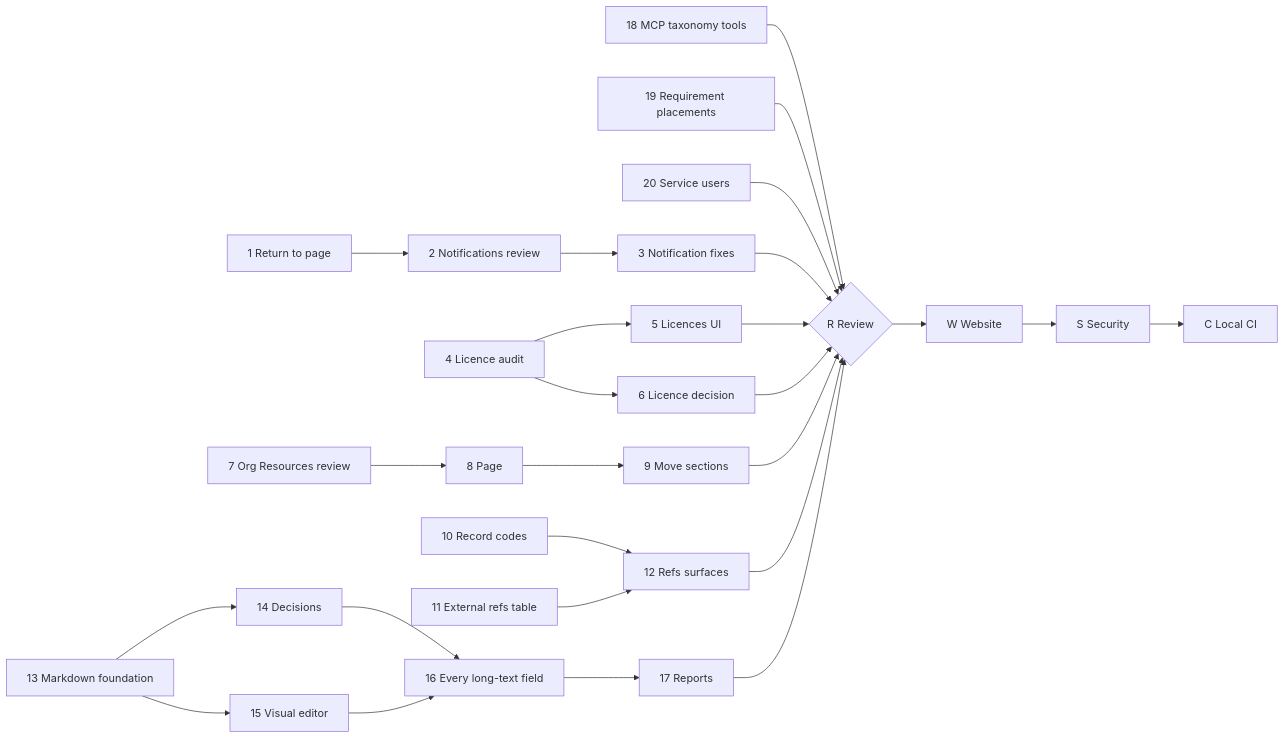
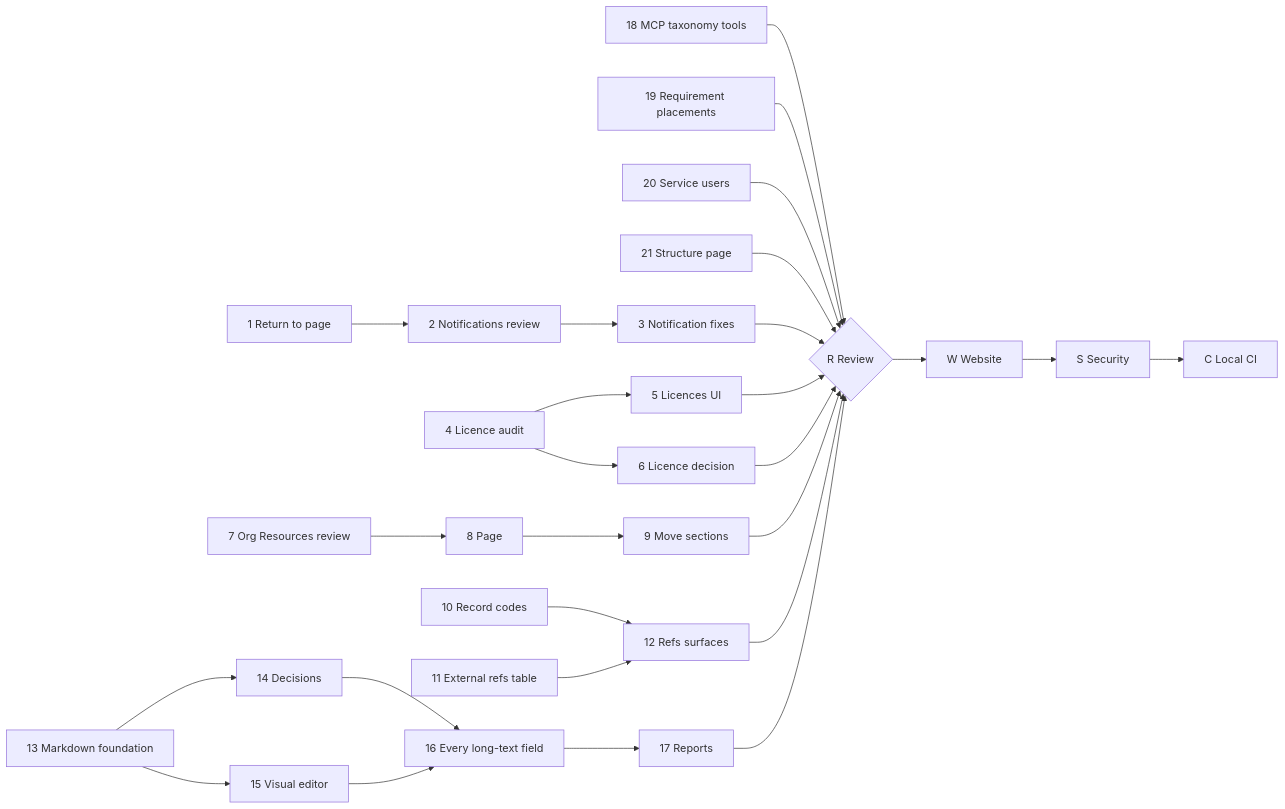
Before and after one commit to ballardr/reqtrackmanager: the diagram in docs/plans/platform-review-2026-11-19-plan.md, drawn with Mermaid. The commit also changed other lines of this file and 41 other files, not shown here.

````diff
--- a/docs/plans/platform-review-2026-11-19-plan.md
+++ b/docs/plans/platform-review-2026-11-19-plan.md
@@ -38,25 +39,26 @@
 ```mermaid
 flowchart LR
     P1["1 Return to page"] --> P2["2 Notifications review"]
     P2 --> P3["3 Notification fixes"]
     P4["4 Licence audit"] --> P5["5 Licences UI"]
     P4 --> P6["6 Licence decision"]
     P7["7 Org Resources review"] --> P8["8 Page"] --> P9["9 Move sections"]
     P10["10 Record codes"] --> P12["12 Refs surfaces"]
     P11["11 External refs table"] --> P12
     P13["13 Markdown foundation"] --> P14["14 Decisions"]
     P13 --> P15["15 Visual editor"]
     P14 --> P16["16 Every long-text field"]
     P15 --> P16
     P16 --> P17["17 Reports"]
     P18["18 MCP taxonomy tools"] --> R
     P19["19 Requirement placements"] --> R
     P20["20 Service users"] --> R
+    P21["21 Structure page"] --> R
     P3 --> R{"R Review"}
     P5 --> R
     P6 --> R
     P9 --> R
     P12 --> R
     P17 --> R
     R --> W["W Website"] --> S["S Security"] --> C["C Local CI"]
 ```
````
